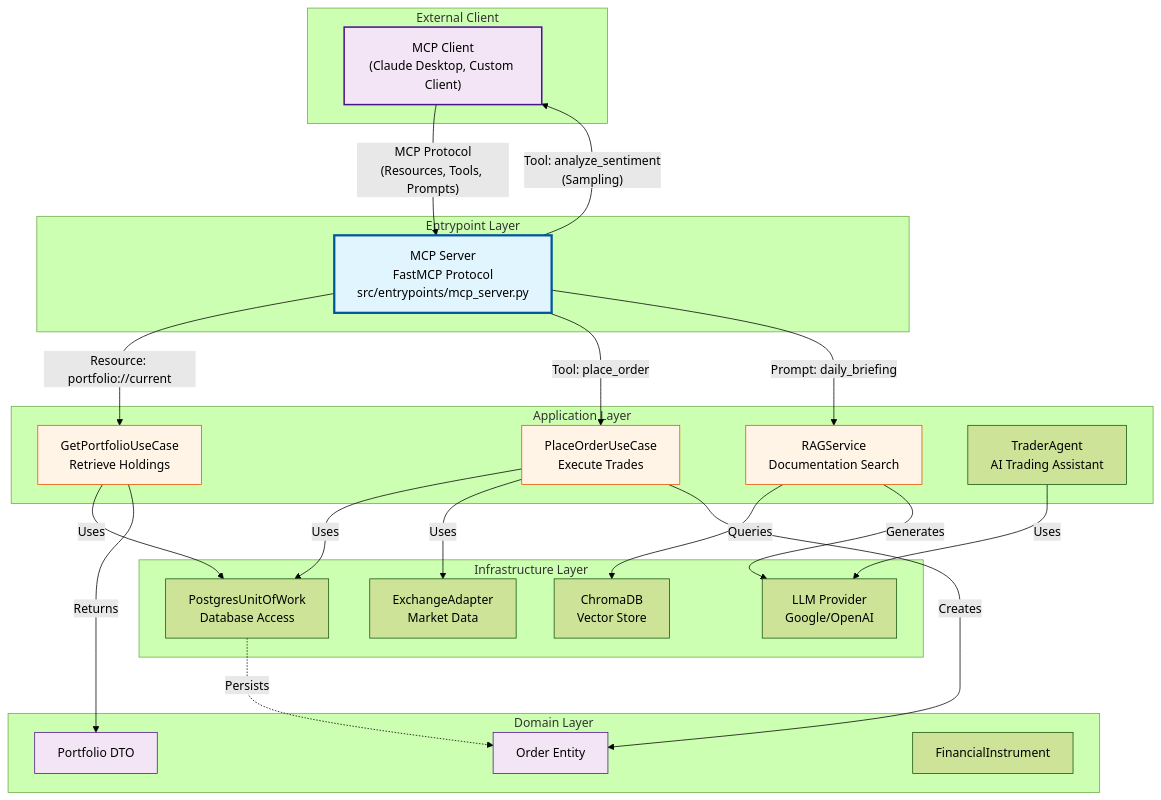
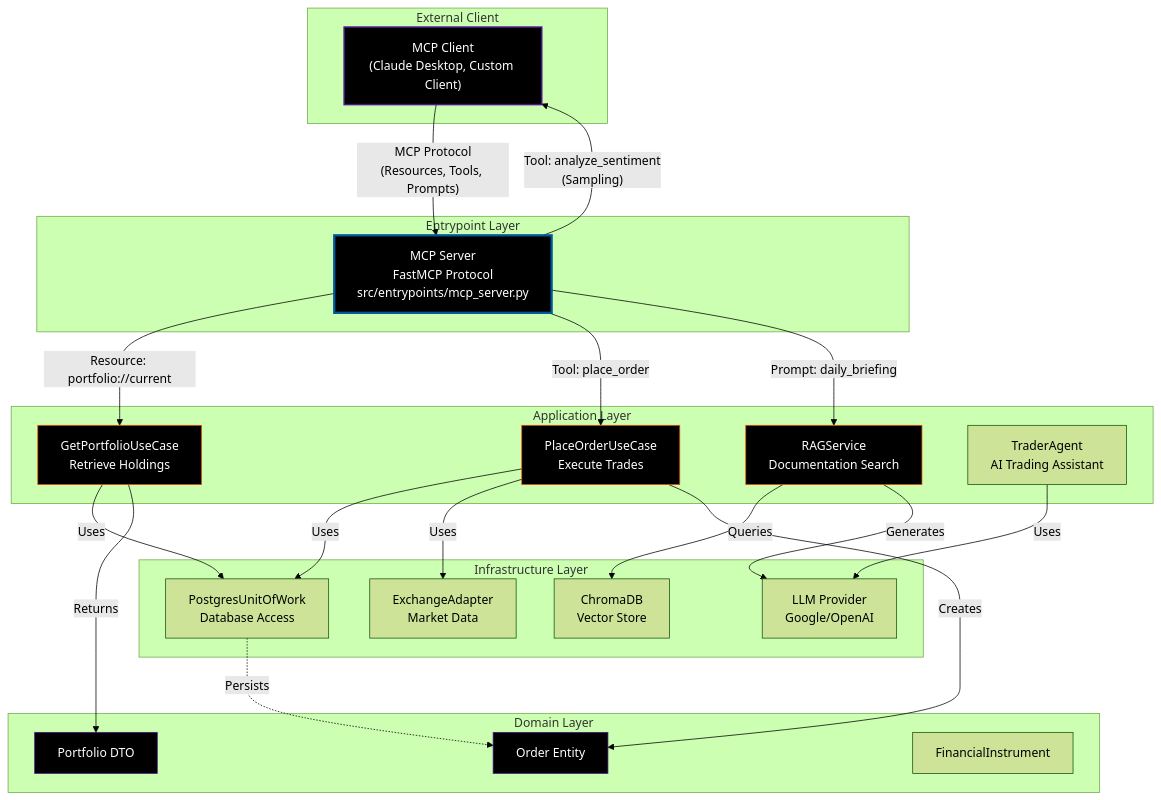
One commit to pabloarancibia/cryptoflow changed the diagram in docs/documentation/diagrams/ai/mcp_architecture.mmd. Above: the diagram before and after it, drawn with Mermaid (forest theme). The commit also changed 4 other files, not shown here.

Commit message:
feat: finalize MCP server, add test client and documentation

```diff
--- a/docs/documentation/diagrams/ai/mcp_architecture.mmd
+++ b/docs/documentation/diagrams/ai/mcp_architecture.mmd
@@ -1,57 +1,57 @@
 graph TB
     subgraph "External Client"
         Client["MCP Client<br/>(Claude Desktop, Custom Client)"]
     end
     
     subgraph "Entrypoint Layer"
         MCP["MCP Server<br/>FastMCP Protocol<br/>src/entrypoints/mcp_server.py"]
     end
     
     subgraph "Application Layer"
         GetPort["GetPortfolioUseCase<br/>Retrieve Holdings"]
         PlaceOrd["PlaceOrderUseCase<br/>Execute Trades"]
         RAG["RAGService<br/>Documentation Search"]
         Agent["TraderAgent<br/>AI Trading Assistant"]
     end
     
     subgraph "Domain Layer"
         Order["Order Entity"]
         Portfolio["Portfolio DTO"]
         Instrument["FinancialInstrument"]
     end
     
     subgraph "Infrastructure Layer"
         UoW["PostgresUnitOfWork<br/>Database Access"]
         Exchange["ExchangeAdapter<br/>Market Data"]
         VectorDB["ChromaDB<br/>Vector Store"]
         LLM["LLM Provider<br/>Google/OpenAI"]
     end
     
     Client -->|"MCP Protocol<br/>(Resources, Tools, Prompts)"| MCP
     
     MCP -->|"Resource: portfolio://current"| GetPort
     MCP -->|"Tool: place_order"| PlaceOrd
     MCP -->|"Prompt: daily_briefing"| RAG
     MCP -->|"Tool: analyze_sentiment<br/>(Sampling)"| Client
     
     GetPort -->|Uses| UoW
     GetPort -->|Returns| Portfolio
     
     PlaceOrd -->|Uses| UoW
     PlaceOrd -->|Uses| Exchange
     PlaceOrd -->|Creates| Order
     
     RAG -->|Queries| VectorDB
     RAG -->|Generates| LLM
     
     Agent -->|Uses| LLM
     
     UoW -.->|Persists| Order
     
-    style MCP fill:#e1f5ff,stroke:#01579b,stroke-width:3px
-    style Client fill:#f3e5f5,stroke:#4a148c,stroke-width:2px
-    style GetPort fill:#fff4e6,stroke:#e65100
-    style PlaceOrd fill:#fff4e6,stroke:#e65100
-    style RAG fill:#fff4e6,stroke:#e65100
-    style Order fill:#f3e5f5,stroke:#4a148c
-    style Portfolio fill:#f3e5f5,stroke:#4a148c
+    style MCP fill:#000,stroke:#01579b,stroke-width:3px,color:#fff
+    style Client fill:#000,stroke:#4a148c,stroke-width:2px,color:#fff
+    style GetPort fill:#000,stroke:#e65100,color:#fff
+    style PlaceOrd fill:#000,stroke:#e65100,color:#fff
+    style RAG fill:#000,stroke:#e65100,color:#fff
+    style Order fill:#000,stroke:#4a148c,color:#fff
+    style Portfolio fill:#000,stroke:#4a148c,color:#fff
```
